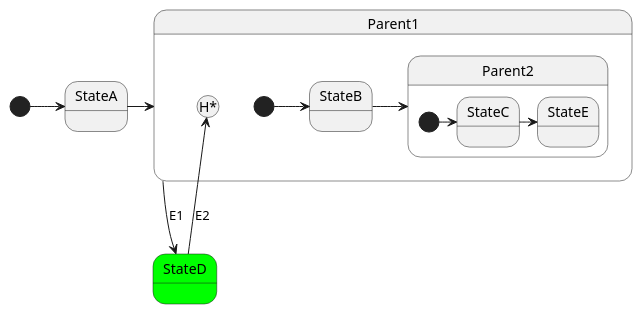
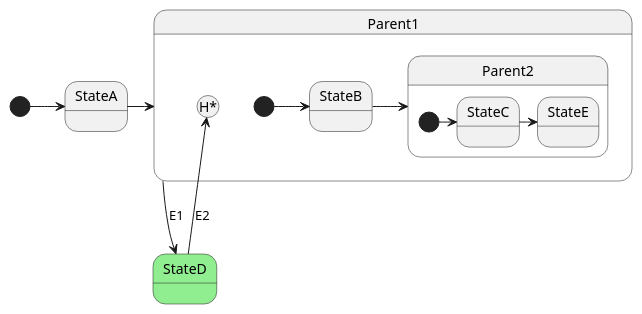
The diagram in source/features/history/history_deep_02.pu (igor-krechetov/hsmcpp-doc), drawn with PlantUML before and after one commit. The commit also changed 23 other files, not shown here.

```diff
--- a/source/features/history/history_deep_02.pu
+++ b/source/features/history/history_deep_02.pu
@@ -1,23 +1,23 @@
 @startuml
 
 state StateD
 
 [*] -> StateA
 StateA -> Parent1
 
 state Parent1 {
     [*] -> StateB
     StateB -> Parent2
 
     state Parent2 {
         [*] -> StateC
         StateC -> StateE
     }
 
     StateD -up-> [H*]: E2
 }
 
 Parent1 -down-> StateD: E1
-state StateD #00FF00
+state StateD#LightGreen
 
 @enduml
```
